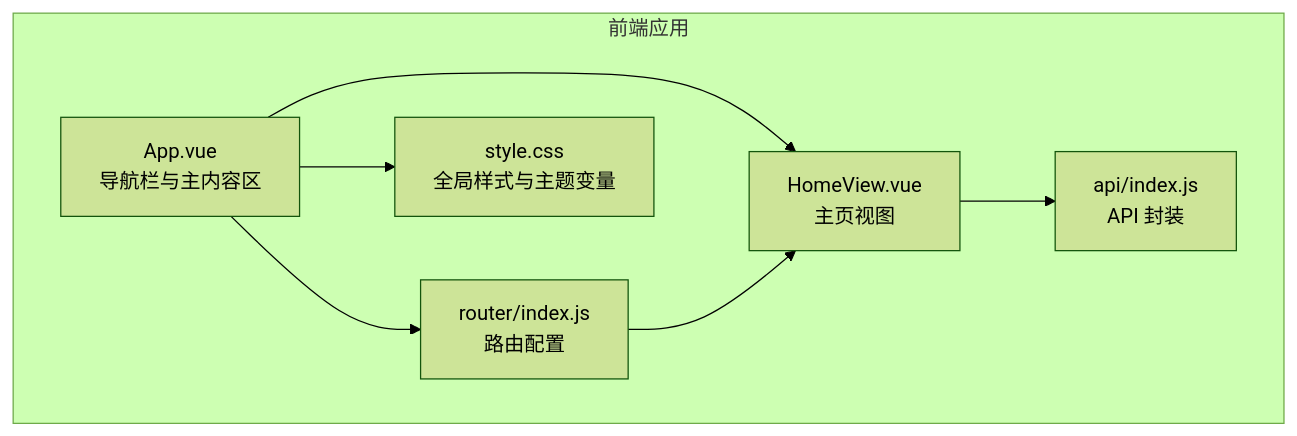
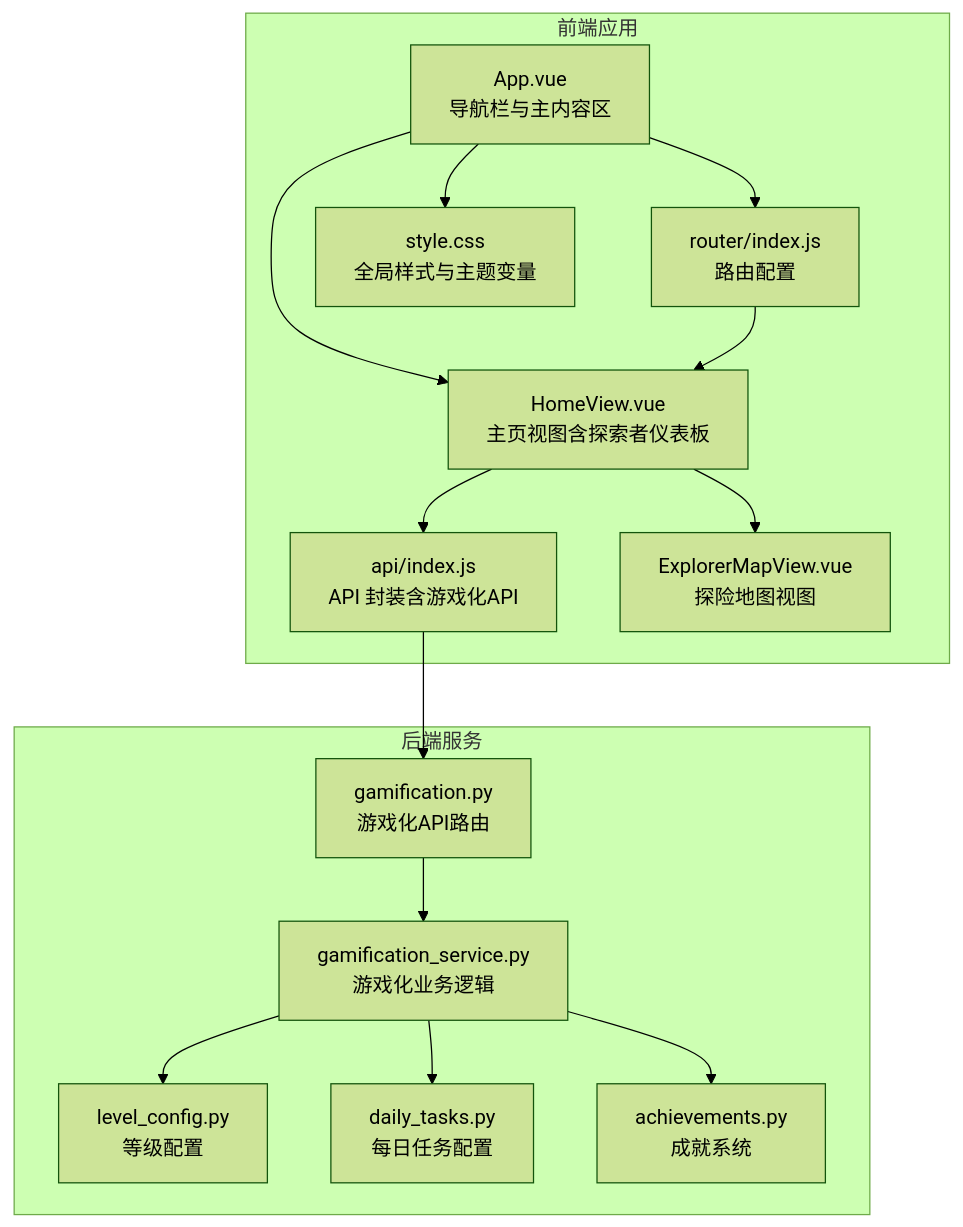
Before and after one commit to zhiwenli-jack/personal-learning-manager: the first of 8 diagrams in .qoder/repowiki/zh/content/前端应用架构/视图组件/主页组件.md, drawn with Mermaid (forest theme). The commit also changed other lines of this file and 20 other files, not shown here.

````diff
--- a/.qoder/repowiki/zh/content/前端应用架构/视图组件/主页组件.md
+++ b/.qoder/repowiki/zh/content/前端应用架构/视图组件/主页组件.md
@@ -37,15 +43,29 @@
 ```mermaid
 graph TB
 subgraph "前端应用"
 A["App.vue<br/>导航栏与主内容区"]
-B["HomeView.vue<br/>主页视图"]
+B["HomeView.vue<br/>主页视图含探索者仪表板"]
 C["router/index.js<br/>路由配置"]
 D["style.css<br/>全局样式与主题变量"]
-E["api/index.js<br/>API 封装"]
+E["api/index.js<br/>API 封装含游戏化API"]
+F["ExplorerMapView.vue<br/>探险地图视图"]
+end
+subgraph "后端服务"
+G["gamification.py<br/>游戏化API路由"]
+H["gamification_service.py<br/>游戏化业务逻辑"]
+I["level_config.py<br/>等级配置"]
+J["daily_tasks.py<br/>每日任务配置"]
+K["achievements.py<br/>成就系统"]
 end
 A --> C
 A --> B
 B --> E
 C --> B
 A --> D
+B --> F
+E --> G
+G --> H
+H --> I
+H --> J
+H --> K
 ```
````
